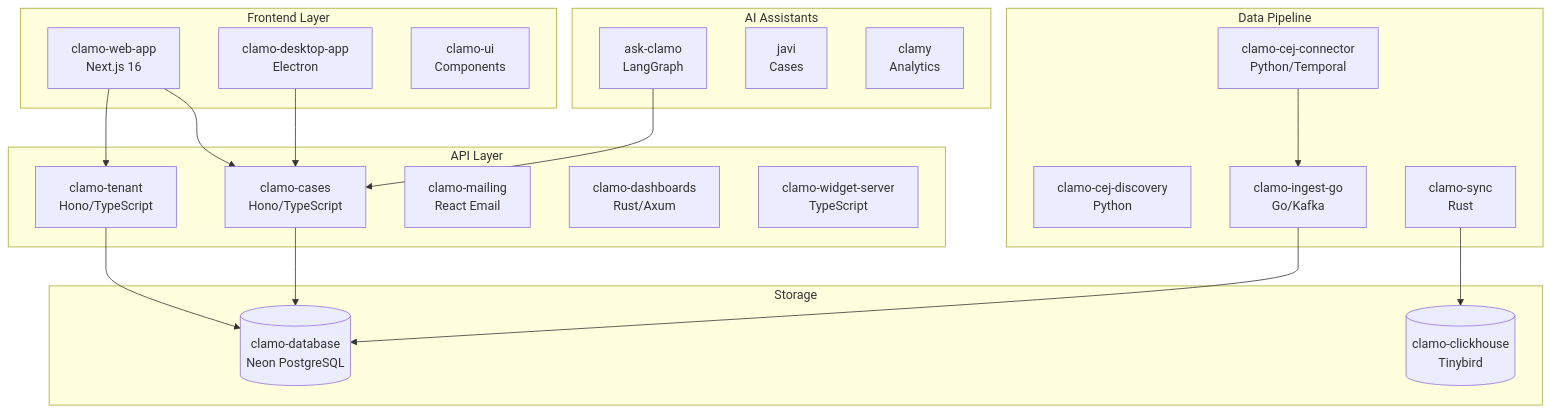
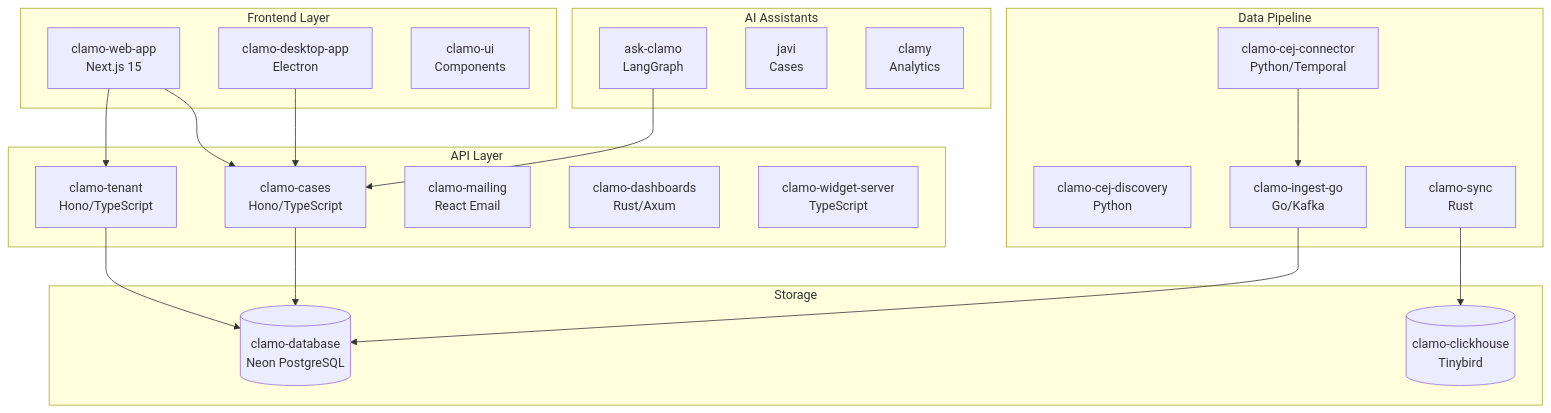
The first of 3 diagrams in en/getting-started/architecture.mdx (GetClamo/docs), drawn with Mermaid before and after one commit. The commit also changed other lines of this file and 33 other files, not shown here.

````diff
--- a/en/getting-started/architecture.mdx
+++ b/en/getting-started/architecture.mdx
@@ -12,44 +12,44 @@
 ```mermaid
 flowchart TB
     subgraph Frontend [Frontend Layer]
-        WebApp[clamo-web-app<br/>Next.js 16]
+        WebApp[clamo-web-app<br/>Next.js 15]
         DesktopApp[clamo-desktop-app<br/>Electron]
         UI[clamo-ui<br/>Components]
     end
 
     subgraph API [API Layer]
         Tenant[clamo-tenant<br/>Hono/TypeScript]
         Cases[clamo-cases<br/>Hono/TypeScript]
         Mailing[clamo-mailing<br/>React Email]
         Dashboards[clamo-dashboards<br/>Rust/Axum]
         Widget[clamo-widget-server<br/>TypeScript]
     end
 
     subgraph AI [AI Assistants]
         AskClamo[ask-clamo<br/>LangGraph]
         Javi[javi<br/>Cases]
         Clamy[clamy<br/>Analytics]
     end
 
     subgraph Pipeline [Data Pipeline]
         CEJ[clamo-cej-connector<br/>Python/Temporal]
         Discovery[clamo-cej-discovery<br/>Python]
         Ingest[clamo-ingest-go<br/>Go/Kafka]
         Sync[clamo-sync<br/>Rust]
     end
 
     subgraph Storage [Storage]
         DB[(clamo-database<br/>Neon PostgreSQL)]
         Analytics[(clamo-clickhouse<br/>Tinybird)]
     end
 
     WebApp --> Tenant
     WebApp --> Cases
     DesktopApp --> Cases
     Tenant --> DB
     Cases --> DB
     CEJ --> Ingest
     Ingest --> DB
     Sync --> Analytics
     AskClamo --> Cases
 ```
````
